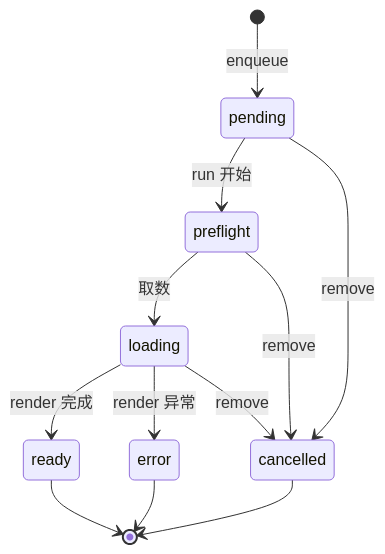
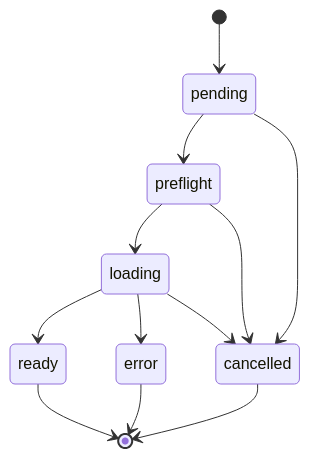
Before and after one commit to gis2all/earth-viewer: the second of 2 diagrams in CLAUDE.md, drawn with Mermaid. The commit also changed other lines of this file, not shown here.

````diff
--- a/CLAUDE.md
+++ b/CLAUDE.md
@@ -480,14 +296,14 @@
 ```mermaid
 stateDiagram-v2
-    [*] --> pending: enqueue
-    pending --> preflight: run 开始
-    preflight --> loading: 取数
-    loading --> ready: render 完成
-    loading --> error: render 异常
-    pending --> cancelled: remove
-    preflight --> cancelled: remove
-    loading --> cancelled: remove
+    [*] --> pending
+    pending --> preflight
+    preflight --> loading
+    loading --> ready
+    loading --> error
+    pending --> cancelled
+    preflight --> cancelled
+    loading --> cancelled
     ready --> [*]
     error --> [*]
     cancelled --> [*]
 ```
````
